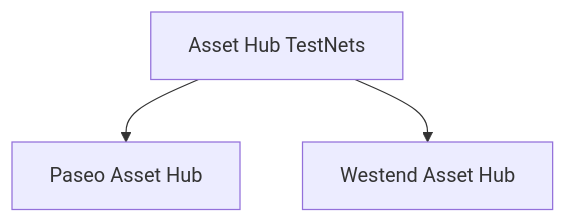
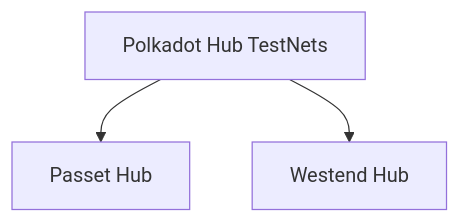
The second of 3 diagrams in polkadot-protocol/smart-contract-basics/networks.md (polkadot-developers/polkadot-docs), drawn with Mermaid before and after one commit. The commit also changed other lines of this file and 1 other file, not shown here.

````diff
--- a/polkadot-protocol/smart-contract-basics/networks.md
+++ b/polkadot-protocol/smart-contract-basics/networks.md
@@ -51,5 +51,5 @@
 ``` mermaid
 flowchart TB
-    id1[Asset Hub TestNets] --> id2[Paseo Asset Hub]
-    id1[Asset Hub TestNets] --> id3[Westend Asset Hub]
+    id1[Polkadot Hub TestNets] --> id2[Passet Hub]
+    id1[Polkadot Hub TestNets] --> id3[Westend Hub]
 ```
````
